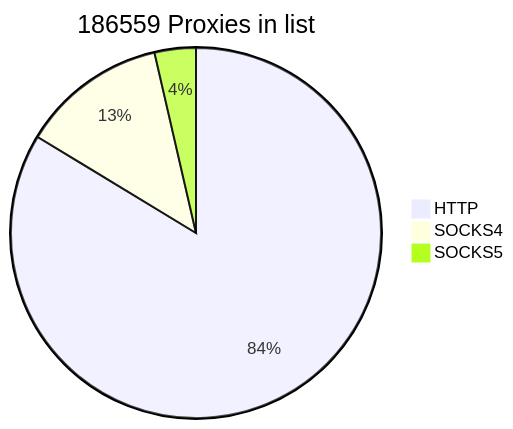
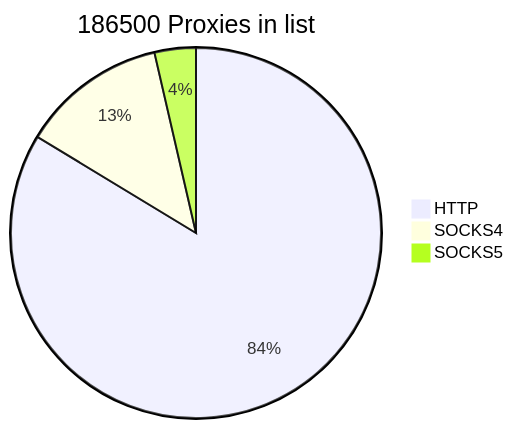
One commit to cutipu/proxylist changed the first of 2 diagrams in README.md. Above: the diagram before and after it, drawn with Mermaid. The commit also changed other lines of this file, not shown here.

````diff
--- a/README.md
+++ b/README.md
@@ -2,7 +2,7 @@
 ```mermaid
-pie title 186559 Proxies in list
-    "HTTP" : 156112
+pie title 186500 Proxies in list
+    "HTTP" : 156054
     "SOCKS4" : 23724
-    "SOCKS5" : 6723
+    "SOCKS5" : 6722
             
 ```
````
